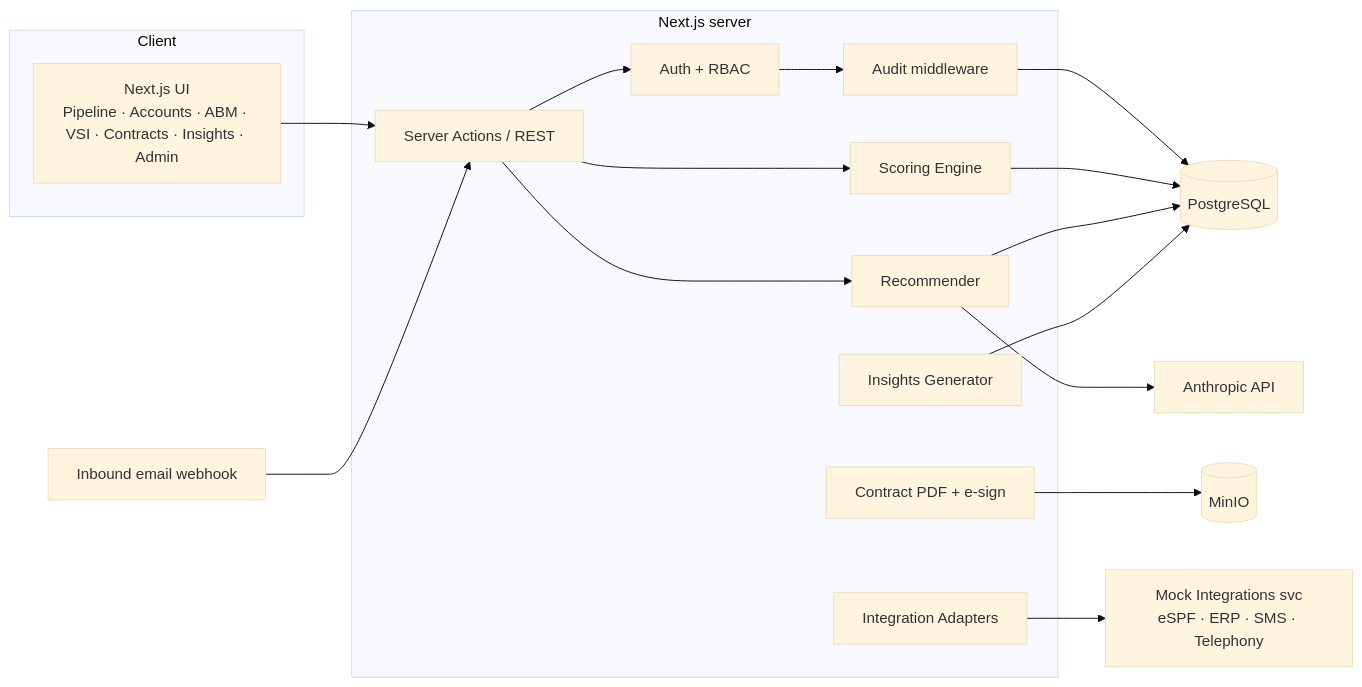
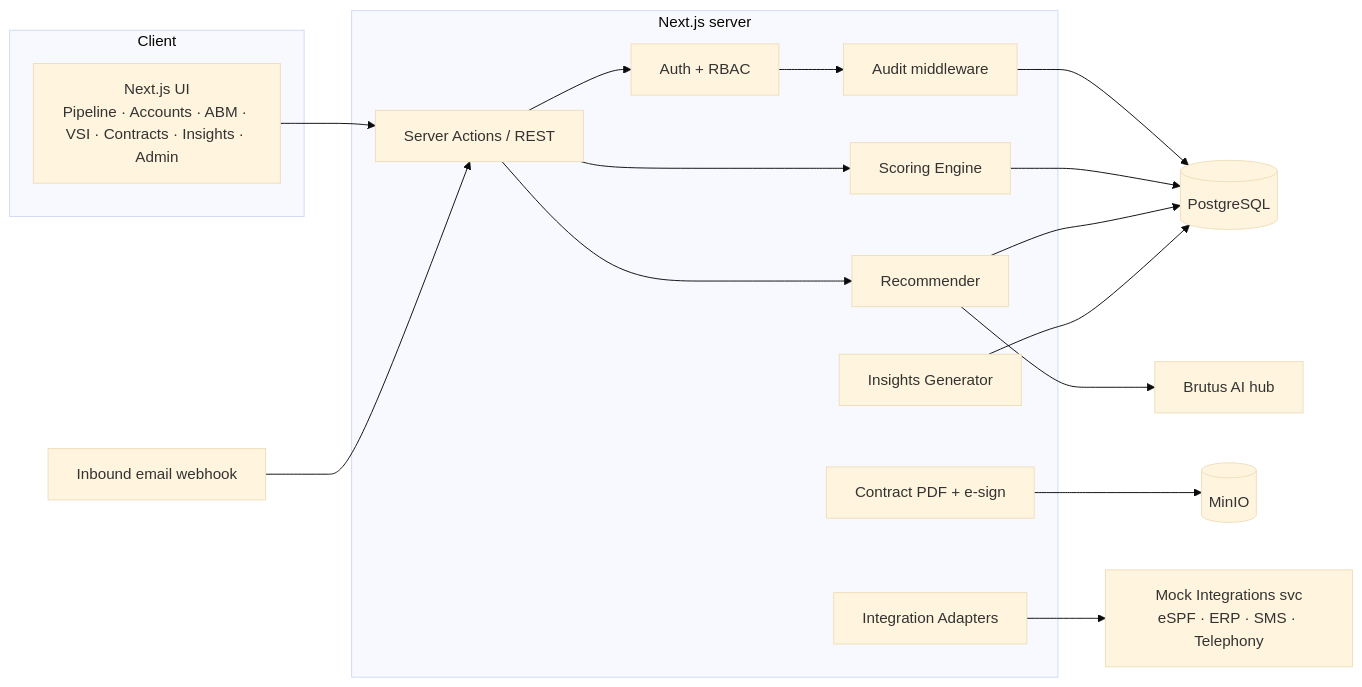
The diagram in docs/02-architecture/01-architecture.md (Ballo-Innovations/ballo-crm), drawn with Mermaid (base theme) before and after one commit. The commit also changed other lines of this file and 12 other files, not shown here.

First line of the commit message:
chore: Brutus is the AI provider; record the BalloAds API contract

````diff
--- a/docs/02-architecture/01-architecture.md
+++ b/docs/02-architecture/01-architecture.md
@@ -17,29 +17,29 @@
 ```mermaid
 flowchart LR
   subgraph Client
     UI[Next.js UI<br/>Pipeline · Accounts · ABM · VSI · Contracts · Insights · Admin]
   end
   subgraph App[Next.js server]
     SA[Server Actions / REST]
     AUTH[Auth + RBAC]
     AUD[Audit middleware]
     SCORE[Scoring Engine]
     REC[Recommender]
     INS[Insights Generator]
     PDF[Contract PDF + e-sign]
     ADP[Integration Adapters]
   end
   DB[(PostgreSQL)]
   S3[(MinIO)]
-  LLM[Anthropic API]
+  LLM[Brutus AI hub]
   MOCK[Mock Integrations svc<br/>eSPF · ERP · SMS · Telephony]
   MAIL[Inbound email webhook]
   UI --> SA --> AUTH --> AUD --> DB
   SA --> SCORE --> DB
   SA --> REC --> LLM
   REC --> DB
   INS --> DB
   PDF --> S3
   ADP --> MOCK
   MAIL --> SA
 ```
````
